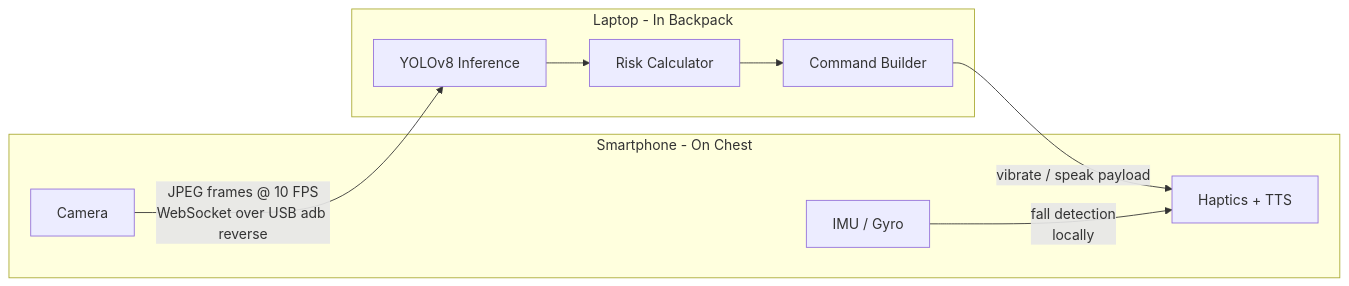
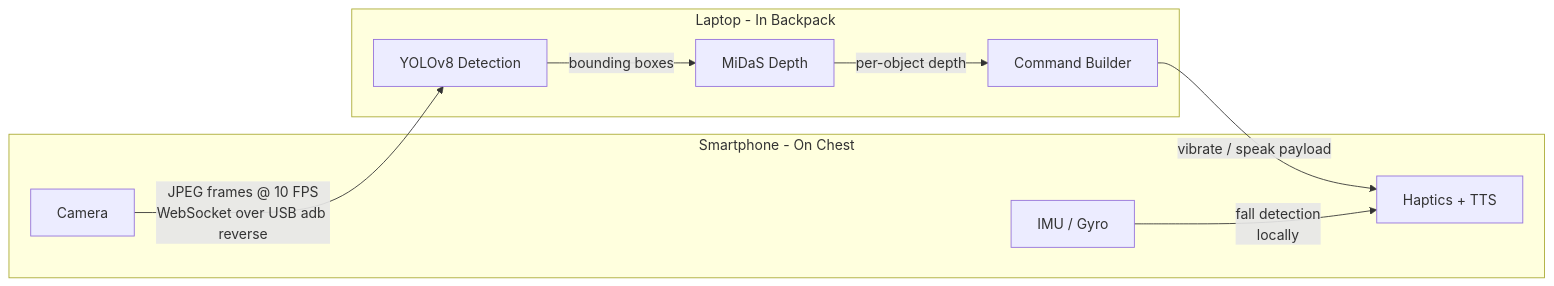
Before and after one commit to waitasecant/nav-assist: the diagram in README.md, drawn with Mermaid. The commit also changed other lines of this file, not shown here.

````diff
--- a/README.md
+++ b/README.md
@@ -17,20 +15,20 @@
 ```mermaid
 graph LR
     subgraph Phone [Smartphone - On Chest]
         CAM[Camera]
         IMU[IMU / Gyro]
         FB[Haptics + TTS]
     end
 
     subgraph PC [Laptop - In Backpack]
-        YOLO[YOLOv8 Inference]
-        RISK[Risk Calculator]
+        YOLO[YOLOv8 Detection]
+        MIDAS[MiDaS Depth]
         CMD[Command Builder]
     end
 
     CAM -->|JPEG frames @ 10 FPS\nWebSocket over USB adb reverse| YOLO
-    YOLO --> RISK
-    RISK --> CMD
+    YOLO -->|bounding boxes| MIDAS
+    MIDAS -->|per-object depth| CMD
     CMD -->|vibrate / speak payload| FB
     IMU -->|fall detection\nlocally| FB
 ```
````
